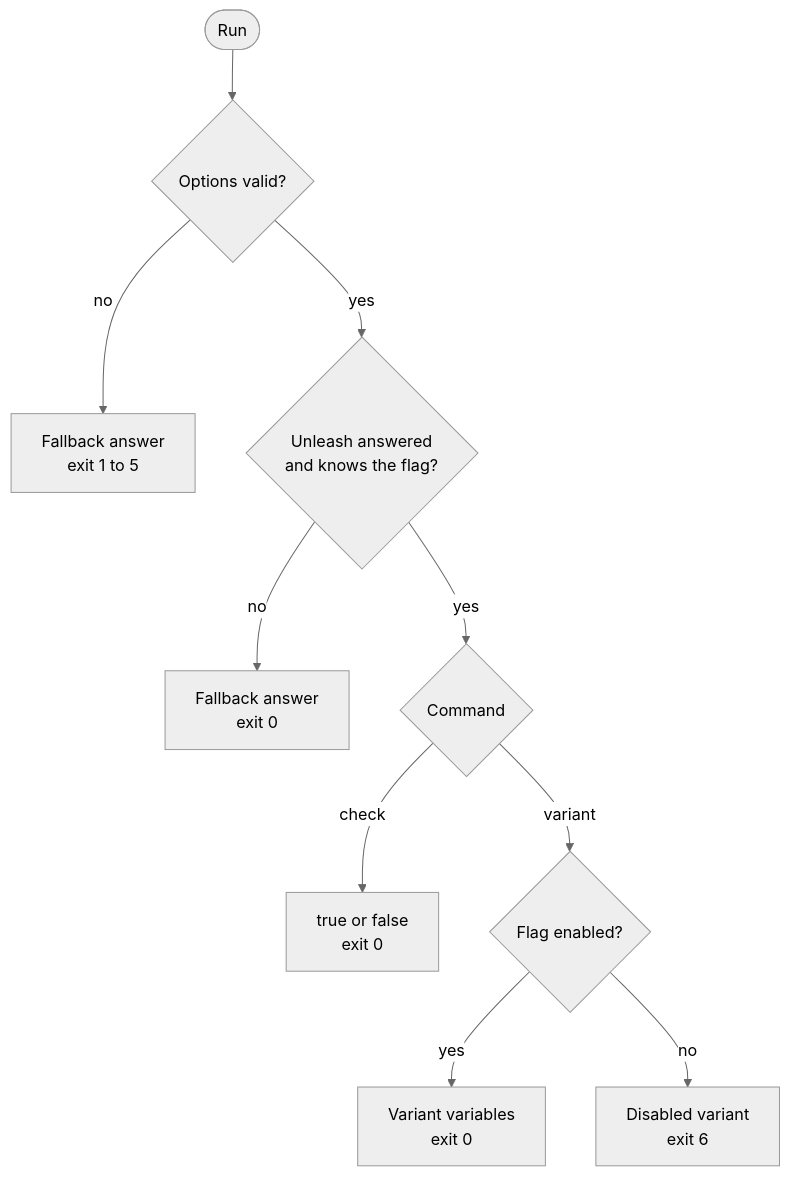
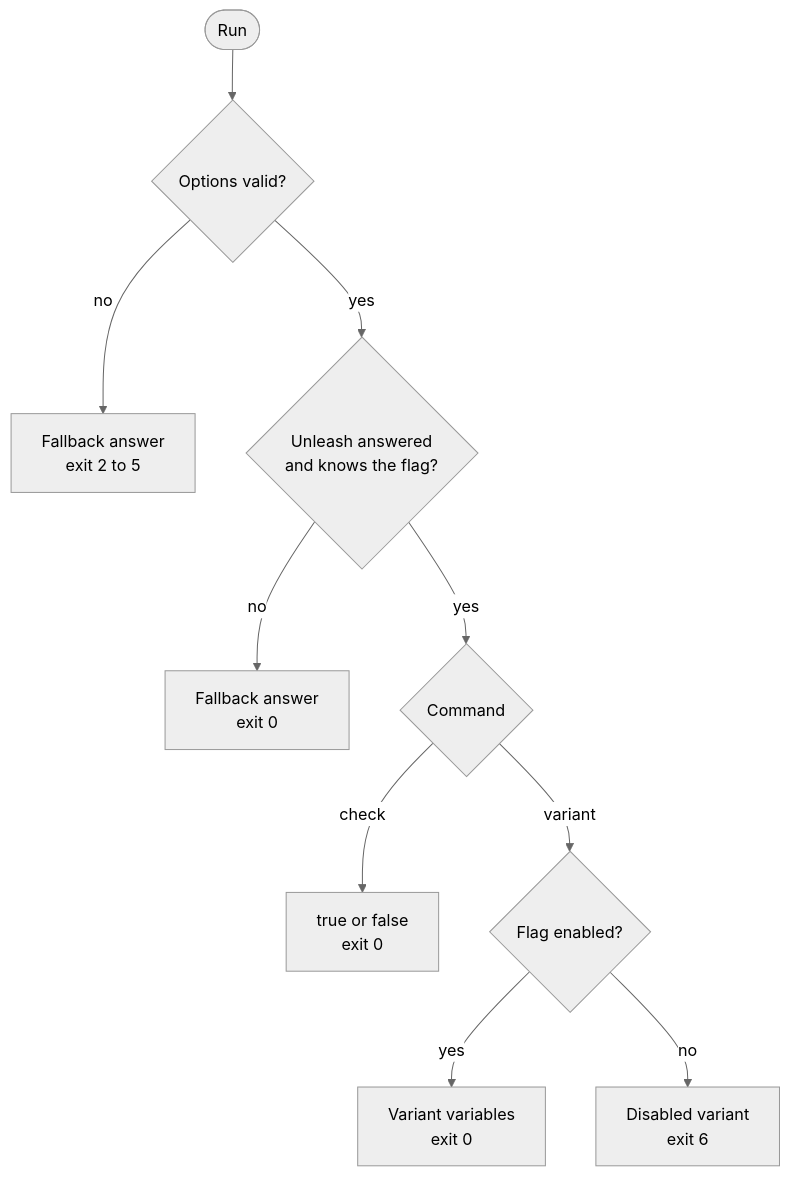
Before and after one commit to ivanklee86/releash: the fourth of 5 diagrams in docs/architecture.md, drawn with Mermaid (neutral theme). The commit also changed other lines of this file and 4 other files, not shown here.

First line of the commit message:
Fix the review findings in the README, architecture outline and plans

````diff
--- a/docs/architecture.md
+++ b/docs/architecture.md
@@ -86,12 +86,12 @@
 ```mermaid
 flowchart TD
     start(["Run"]) --> valid{"Options valid?"}
-    valid -- "no" --> misuse["Fallback answer<br/>exit 1 to 5"]
+    valid -- "no" --> misuse["Fallback answer<br/>exit 2 to 5"]
     valid -- "yes" --> answered{"Unleash answered<br/>and knows the flag?"}
     answered -- "no" --> fallback["Fallback answer<br/>exit 0"]
     answered -- "yes" --> command{"Command"}
     command -- "check" --> bool["true or false<br/>exit 0"]
     command -- "variant" --> enabled{"Flag enabled?"}
     enabled -- "yes" --> vars["Variant variables<br/>exit 0"]
     enabled -- "no" --> refused["Disabled variant<br/>exit 6"]
 ```
````
